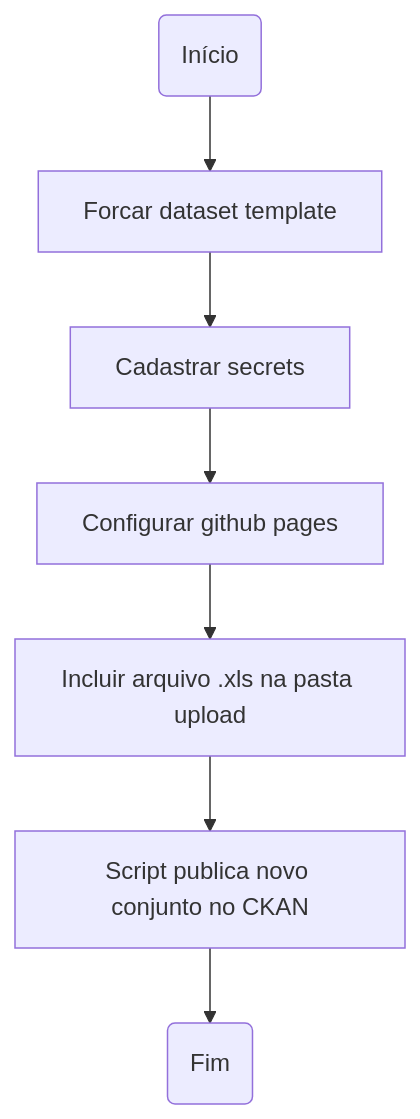
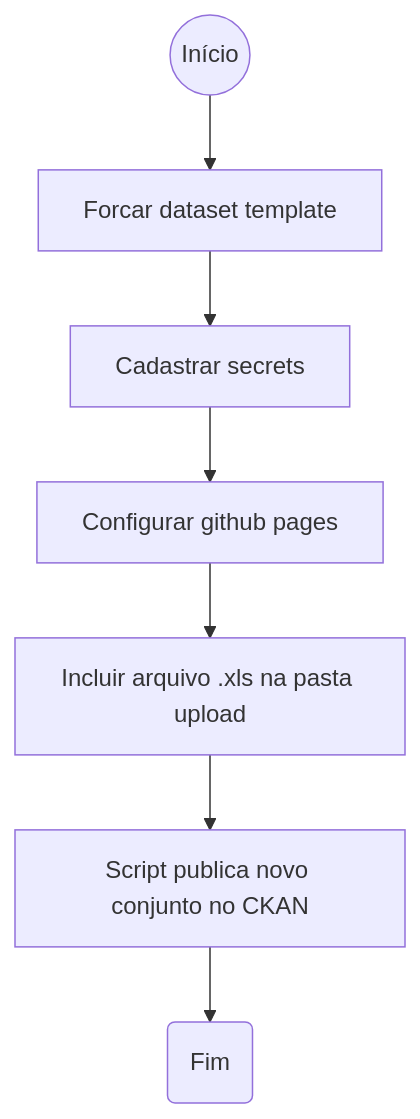
Before and after one commit to transparencia-mg/violencia_ses: the diagram in README.md, drawn with Mermaid.

Commit message:
Improve flowchart
Error
See #7

````diff
--- a/README.md
+++ b/README.md
@@ -32,10 +32,10 @@
 ```mermaid
 graph TD;
-    1(Início)-->2;
+    1((Início))-->2;
     2[Forcar dataset template]-->3;
     3[Cadastrar secrets]-->4;
     4[Configurar github pages]-->5;
     5[Incluir arquivo .xls na pasta upload]-->6;
     6[Script publica novo conjunto no CKAN]-->7;
     7(Fim)
 ```
````
